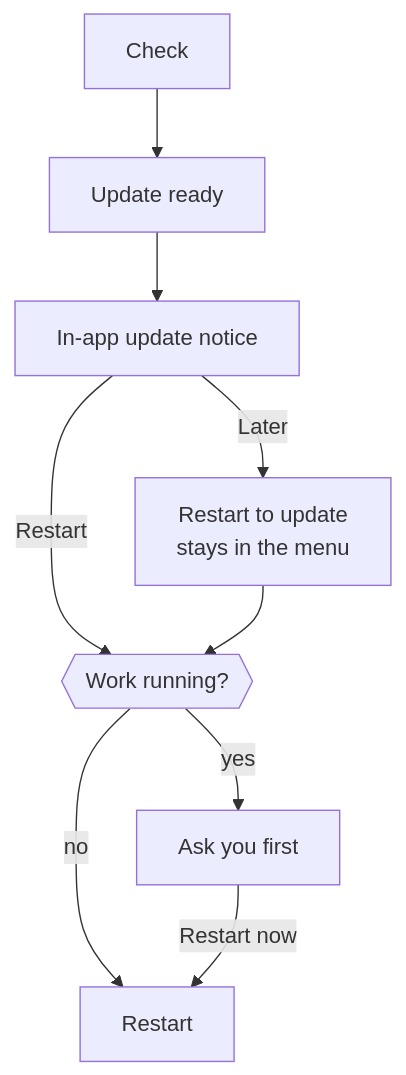
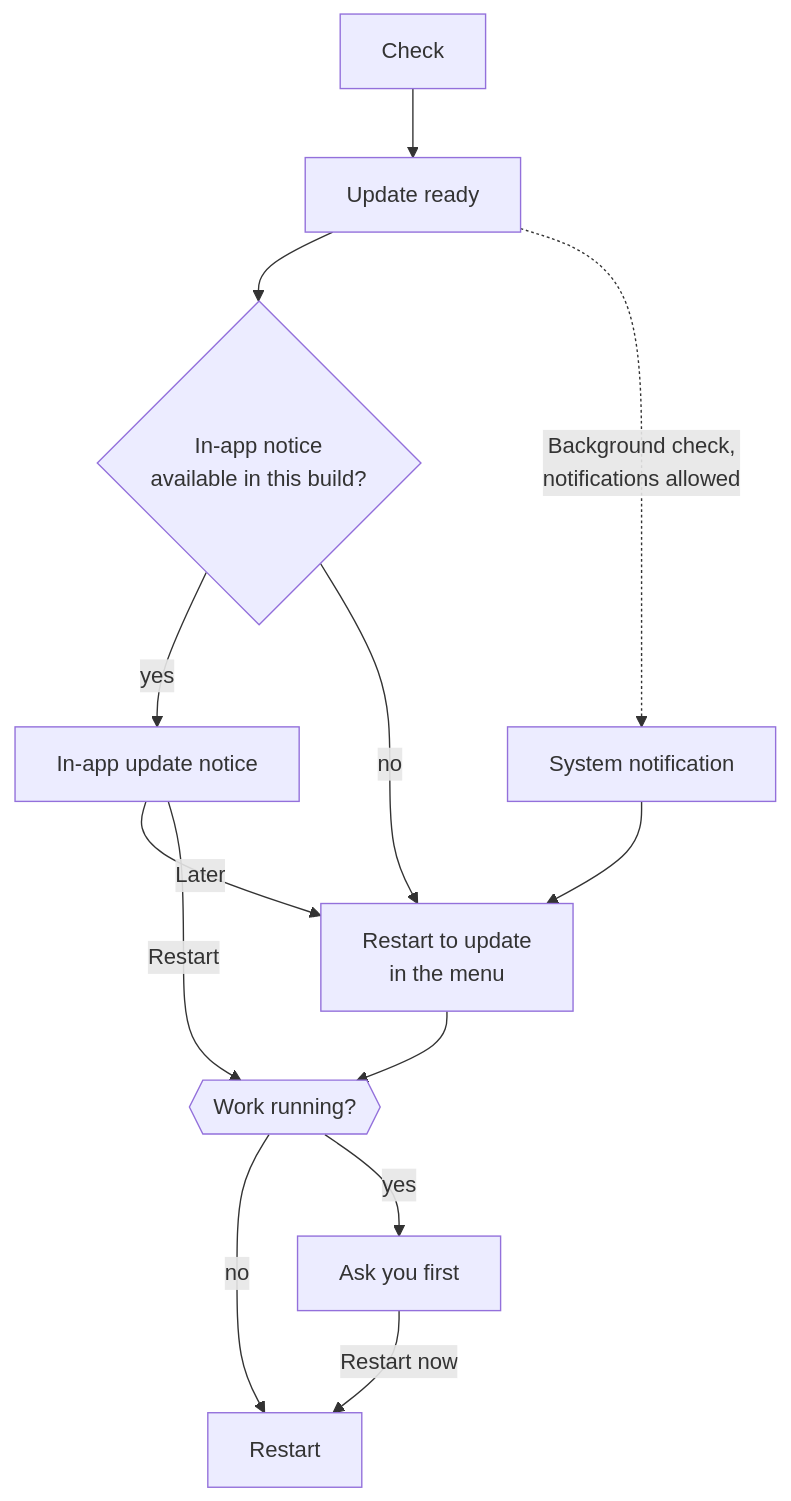
The second of 2 diagrams in docs/src/content/docs/deploy/desktop-app.mdx (n8n-io/nod), drawn with Mermaid before and after one commit. The commit also changed 3 other files, not shown here.

````diff
--- a/docs/src/content/docs/deploy/desktop-app.mdx
+++ b/docs/src/content/docs/deploy/desktop-app.mdx
@@ -143,11 +143,15 @@
 ```mermaid
 flowchart TD
   check[Check]:::muted --> ready[Update ready]
-  ready --> notice[In-app update notice]:::accent
-  notice -- Later --> menu[Restart to update<br/>stays in the menu]
+  ready --> supports{In-app notice<br/>available in this build?}
+  supports -- yes --> notice[In-app update notice]:::accent
+  supports -- no --> menu[Restart to update<br/>in the menu]
+  ready -. Background check,<br/>notifications allowed .-> system[System notification]
+  system --> menu
+  notice -- Later --> menu
   notice -- Restart --> busy{{Work running?}}
   menu --> busy
   busy -- no --> restart[Restart]:::go
   busy -- yes --> ask[Ask you first]:::accent
   ask -- Restart now --> restart
 ```
````
